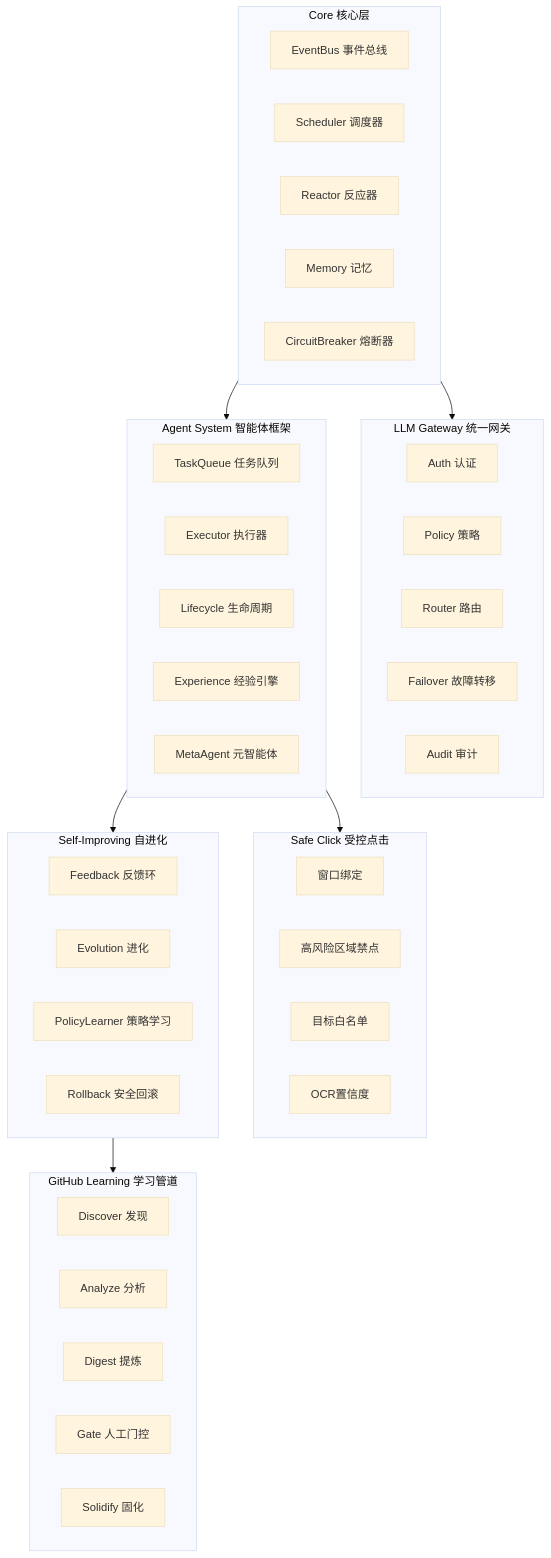
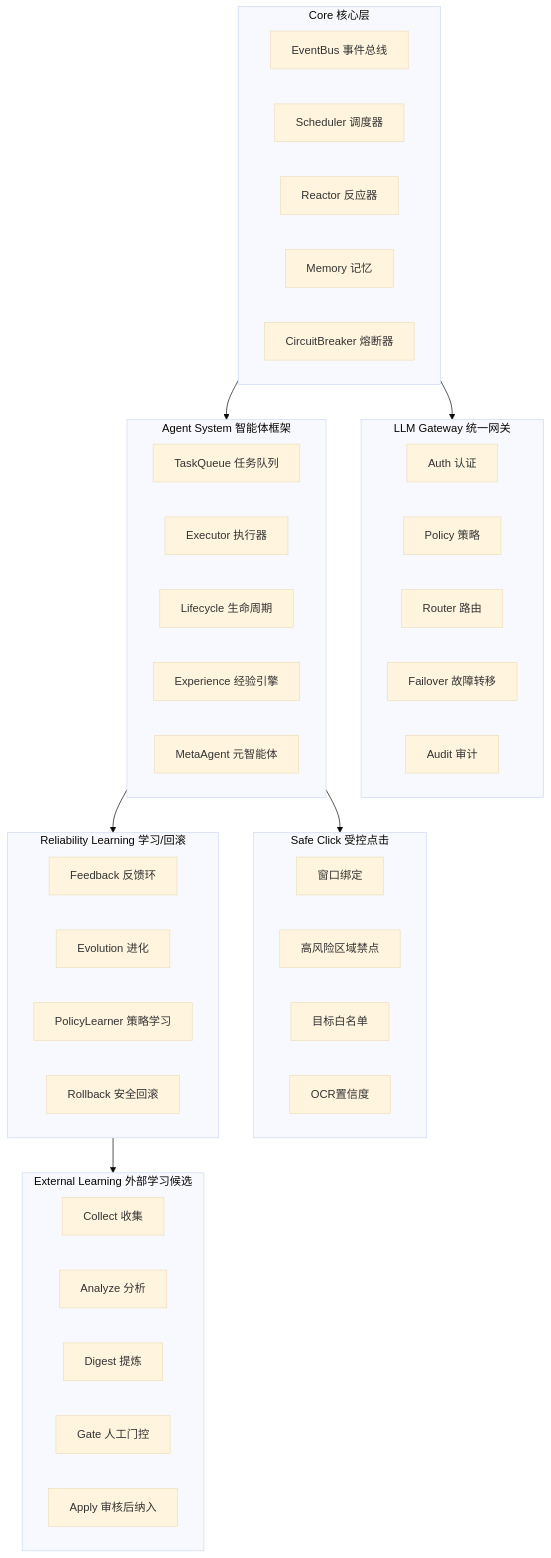
One commit to yangfei222666-9/taiji changed the diagram in README.md. Above: the diagram before and after it, drawn with Mermaid (base theme). The commit also changed other lines of this file and 8 other files, not shown here.

````diff
--- a/README.md
+++ b/README.md
@@ -99,54 +99,54 @@
 ```mermaid
 graph TB
     subgraph Core["Core 核心层"]
         EB[EventBus 事件总线]
         SC[Scheduler 调度器]
         RE[Reactor 反应器]
         MEM[Memory 记忆]
         CB[CircuitBreaker 熔断器]
     end
 
     subgraph Gateway["LLM Gateway 统一网关"]
         AUTH[Auth 认证]
         POLICY[Policy 策略]
         ROUTE[Router 路由]
         FAIL[Failover 故障转移]
         AUDIT[Audit 审计]
     end
 
     subgraph Agent["Agent System 智能体框架"]
         TQ[TaskQueue 任务队列]
         EX[Executor 执行器]
         LC[Lifecycle 生命周期]
         EXP[Experience 经验引擎]
         META[MetaAgent 元智能体]
     end
 
     subgraph SafeClick["Safe Click 受控点击"]
         G1[窗口绑定]
         G2[高风险区域禁点]
         G3[目标白名单]
         G4[OCR置信度]
     end
 
-    subgraph Learning["Self-Improving 自进化"]
+    subgraph Learning["Reliability Learning 学习/回滚"]
         FB[Feedback 反馈环]
         EVO[Evolution 进化]
         PL[PolicyLearner 策略学习]
         RB[Rollback 安全回滚]
     end
 
-    subgraph GitHub["GitHub Learning 学习管道"]
-        DISC[Discover 发现]
+    subgraph ExternalLearning["External Learning 外部学习候选"]
+        DISC[Collect 收集]
         ANA[Analyze 分析]
         DIG[Digest 提炼]
         GATE[Gate 人工门控]
-        SOL[Solidify 固化]
+        SOL[Apply 审核后纳入]
     end
 
     Core --> Gateway
     Core --> Agent
     Agent --> SafeClick
     Agent --> Learning
-    Learning --> GitHub
+    Learning --> ExternalLearning
 ```
````
